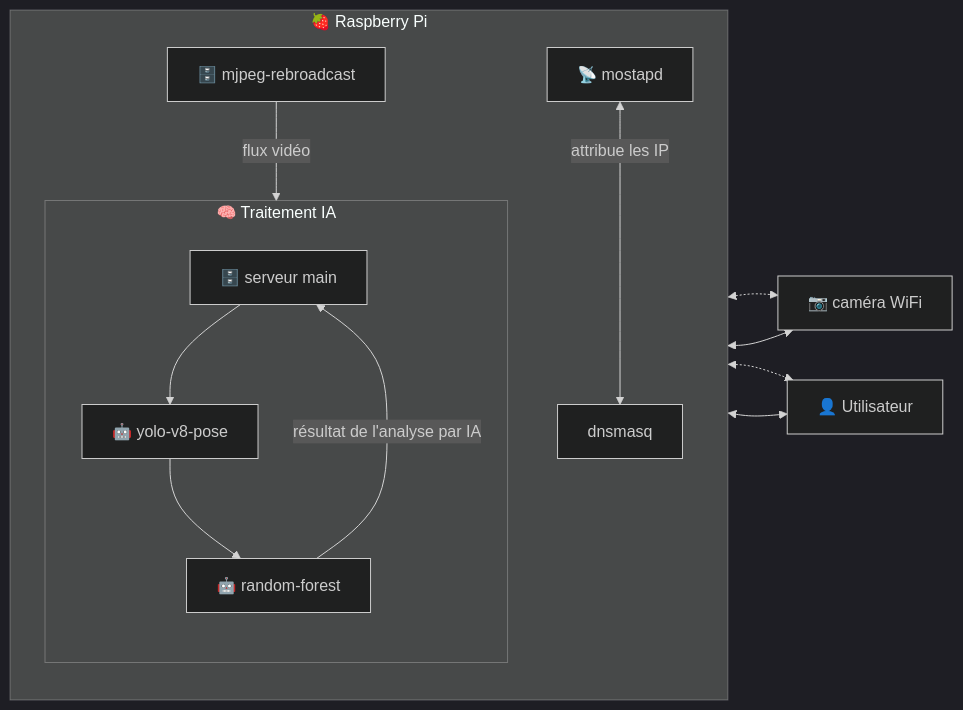
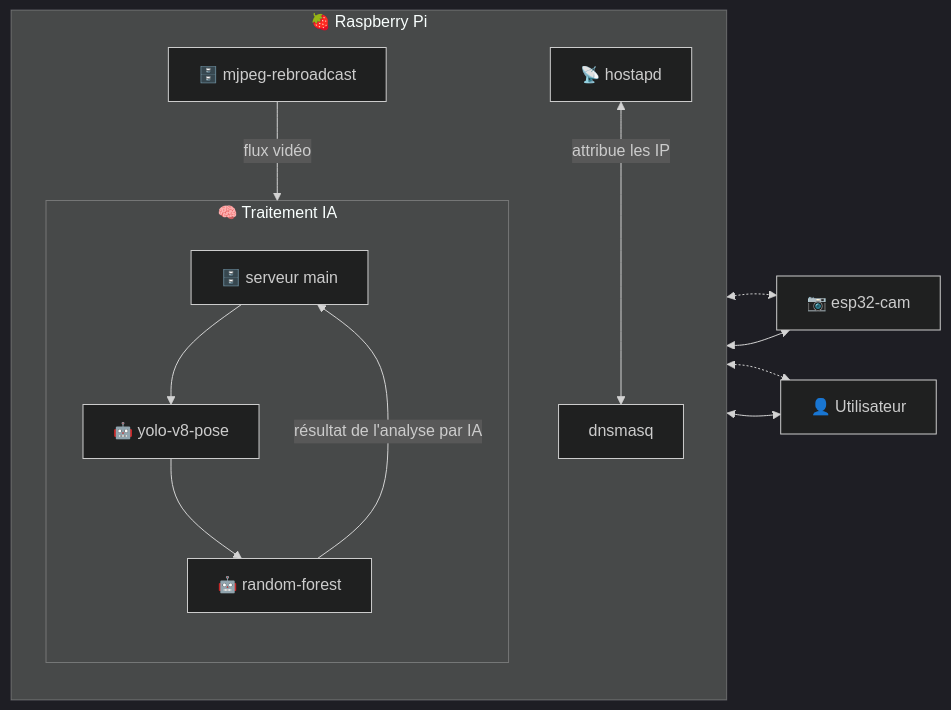
One commit to r0bertleberger/hailo-rpi5-examples changed the diagram in README.md. Above: the diagram before and after it, drawn with Mermaid (dark theme).

````diff
--- a/README.md
+++ b/README.md
@@ -7,32 +7,32 @@
 ```mermaid
 graph LR;
-    C[📷 caméra WiFi] 
+    C[📷 esp32-cam] 
 
     subgraph "🍓 Raspberry Pi"
         direction TB
-        AP[📡 mostapd]
+        AP[📡 hostapd]
         DHCP[dnsmasq]
         Mjpeg[🗄️ mjpeg-rebroadcast]
         Main[🗄️ serveur main]
 
         AP <--> |attribue les IP| DHCP
         Mjpeg --> |flux vidéo| Main
 
         subgraph "🧠 Traitement IA"
             direction TB
             yolo[🤖 yolo-v8-pose]
             random[🤖 random-forest]
 
             Main --> yolo
             yolo --> random
             random --> |résultat de l'analyse par IA| Main
         end
     end
 
     U[👤 Utilisateur]
 
     C <--> AP
     Mjpeg <-.-> C
     Main <-.-> U
     AP <--> U
 ```
````
